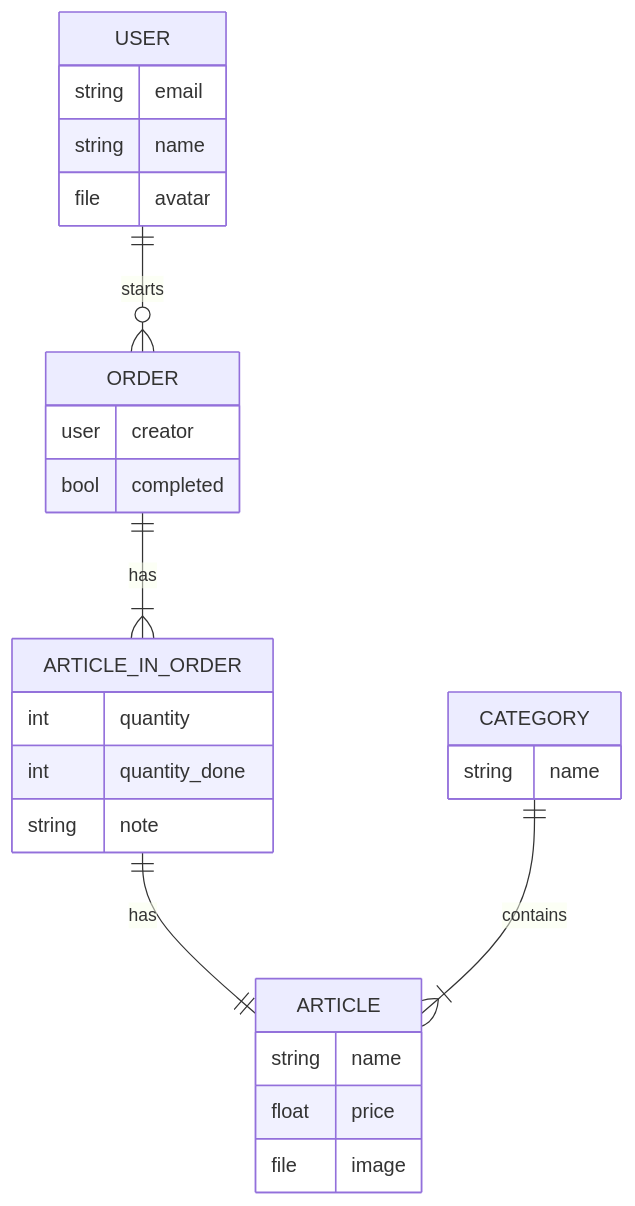
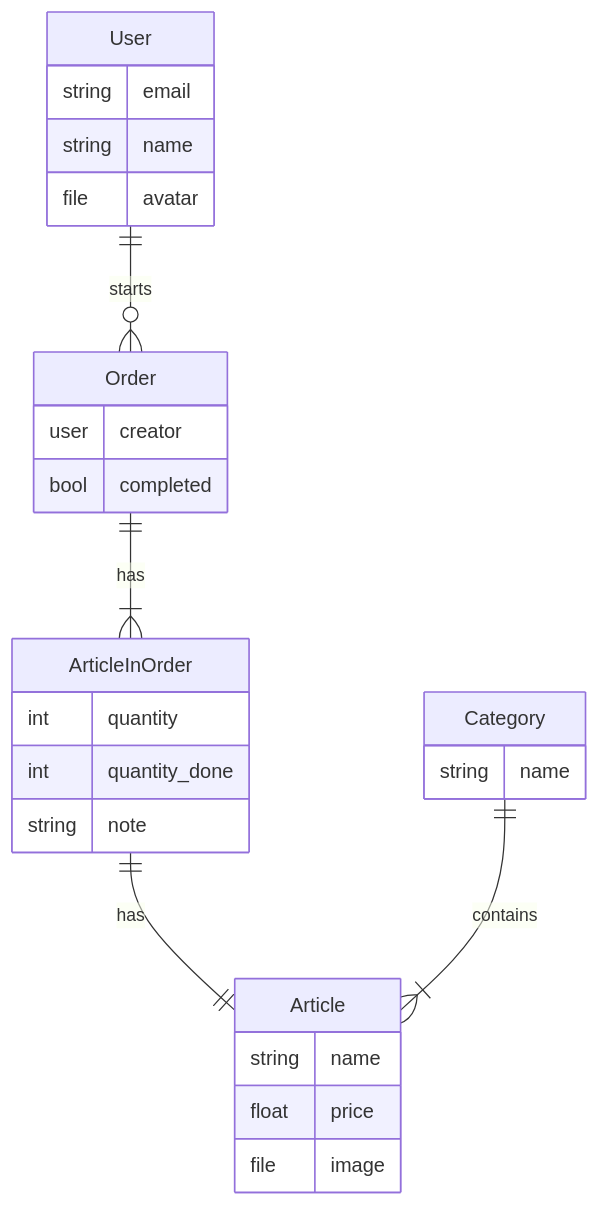
The diagram in README.md (B4T3S/Snacctime), drawn with Mermaid before and after one commit.

Commit message:
Update README.md to appease the programming god(s)

````diff
--- a/README.md
+++ b/README.md
@@ -16,34 +16,34 @@
 ```mermaid
 erDiagram
-    USER ||--o{ ORDER : starts
-    ORDER ||--|{ ARTICLE_IN_ORDER : has
-    ARTICLE_IN_ORDER ||--|| ARTICLE : has
-    CATEGORY ||--|{ ARTICLE : contains
+    User ||--o{ Order : starts
+    Order ||--|{ ArticleInOrder : has
+    ArticleInOrder ||--|| Article : has
+    Category ||--|{ Article : contains
 
-    USER {
+    User {
         string email
         string name
         file avatar
     }
 
-    ORDER {
+    Order {
         user creator
         bool completed
     }
 
-    ARTICLE {
+    Article {
         string name
         float price
         file image
     }
 
-    ARTICLE_IN_ORDER {
+    ArticleInOrder {
         int quantity
         int quantity_done
         string note
     }
 
-    CATEGORY {
+    Category {
         string name
     }
 ```
````
